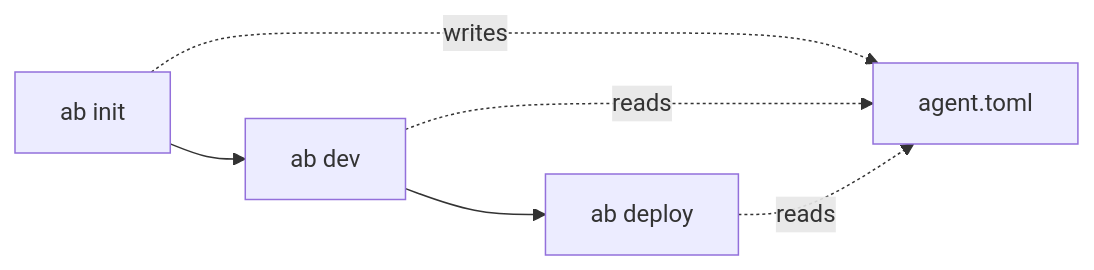
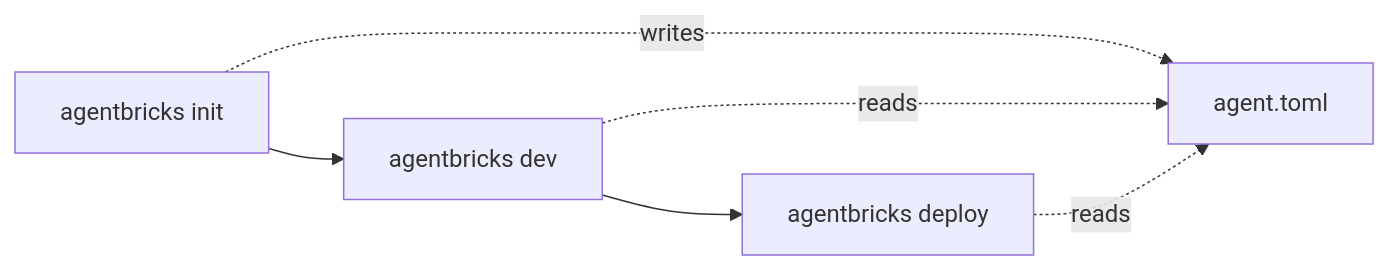
Before and after one commit to databricks/devhub: the diagram in src/content/docs/agents/cli.md, drawn with Mermaid. The commit also changed other lines of this file, not shown here.

Commit message:
docs(agents): use agentbricks as the CLI command instead of ab

````diff
--- a/src/content/docs/agents/cli.md
+++ b/src/content/docs/agents/cli.md
@@ -34,7 +34,7 @@
 ```mermaid
 flowchart LR
-    Init["ab init"] --> Dev["ab dev"] --> Deploy["ab deploy"]
+    Init["agentbricks init"] --> Dev["agentbricks dev"] --> Deploy["agentbricks deploy"]
     Init -.->|writes| Toml["agent.toml"]
     Dev -.->|reads| Toml
     Deploy -.->|reads| Toml
 ```
````
